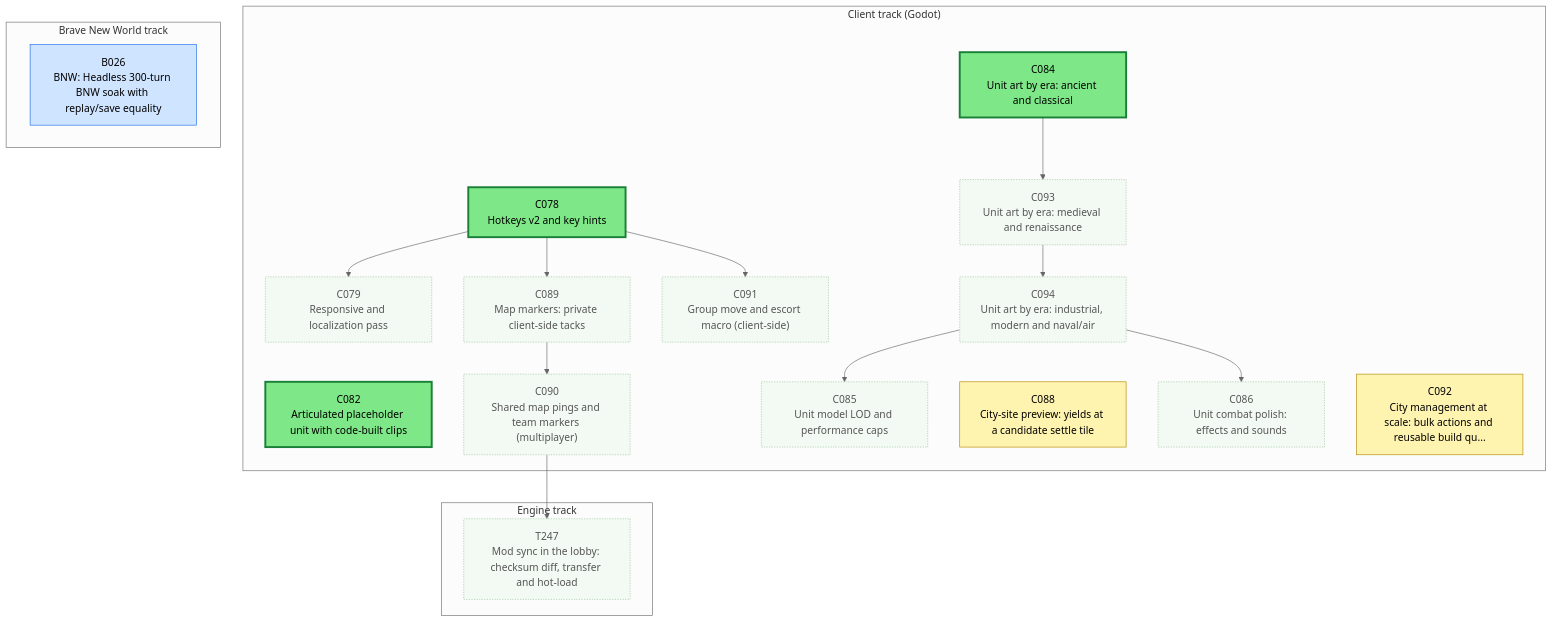
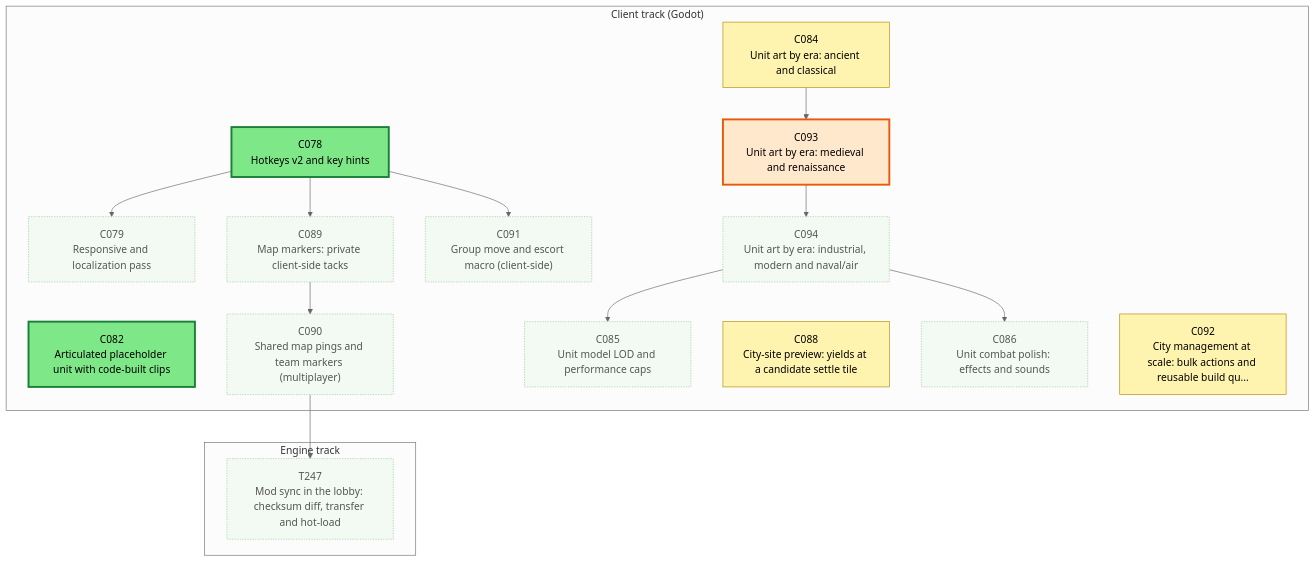
Before and after one commit to Kenmura/Unciv: the first of 3 diagrams in csharp/migration/DEPENDENCY_MAP.md, drawn with Mermaid (neutral theme). The commit also changed other lines of this file and 1 other file, not shown here.

Commit message:
migration: review B026 pass [Adversarial Review]

````diff
--- a/csharp/migration/DEPENDENCY_MAP.md
+++ b/csharp/migration/DEPENDENCY_MAP.md
@@ -25,55 +25,51 @@
 ```mermaid
 flowchart TD
   subgraph TTRACK["Engine track"]
     T247["T247<br/>Mod sync in the lobby: checksum diff, transfer and hot-load"]
   end
   subgraph CTRACK["Client track (Godot)"]
     C078["C078<br/>Hotkeys v2 and key hints"]
     C079["C079<br/>Responsive and localization pass"]
     C082["C082<br/>Articulated placeholder unit with code-built clips"]
     C084["C084<br/>Unit art by era: ancient and classical"]
     C085["C085<br/>Unit model LOD and performance caps"]
     C086["C086<br/>Unit combat polish: effects and sounds"]
     C088["C088<br/>City-site preview: yields at a candidate settle tile"]
     C089["C089<br/>Map markers: private client-side tacks"]
     C090["C090<br/>Shared map pings and team markers (multiplayer)"]
     C091["C091<br/>Group move and escort macro (client-side)"]
     C092["C092<br/>City management at scale: bulk actions and reusable build qu..."]
     C093["C093<br/>Unit art by era: medieval and renaissance"]
     C094["C094<br/>Unit art by era: industrial, modern and naval/air"]
   end
-  subgraph BTRACK["Brave New World track"]
-    B026["B026<br/>BNW: Headless 300-turn BNW soak with replay/save equality"]
-  end
   C090 --> T247
   C078 --> C079
   C094 --> C085
   C094 --> C086
   C078 --> C089
   C089 --> C090
   C078 --> C091
   C084 --> C093
   C093 --> C094
   classDef waiting fill:#f3faf3,stroke:#9bc49b,color:#555,stroke-dasharray:2 2
   classDef ondeck fill:#ffe8cc,stroke:#e8590c,stroke-width:3px,color:#000
   classDef ready fill:#7ee787,stroke:#1a7f37,stroke-width:3px,color:#000
   classDef prog fill:#fff3b0,stroke:#b58900,color:#000
   classDef review fill:#cfe4ff,stroke:#1f6feb,color:#000
   classDef blocked fill:#ffd6d6,stroke:#c62828,color:#000
   classDef done fill:#eeeeee,stroke:#999999,color:#666,stroke-dasharray:4 3
-  class B026 review
   class C078 ready
   class C079 waiting
   class C082 ready
-  class C084 ready
+  class C084 prog
   class C085 waiting
   class C086 waiting
   class C088 prog
   class C089 waiting
   class C090 waiting
   class C091 waiting
   class C092 prog
-  class C093 waiting
+  class C093 ondeck
   class C094 waiting
   class T247 waiting
 ```
````
